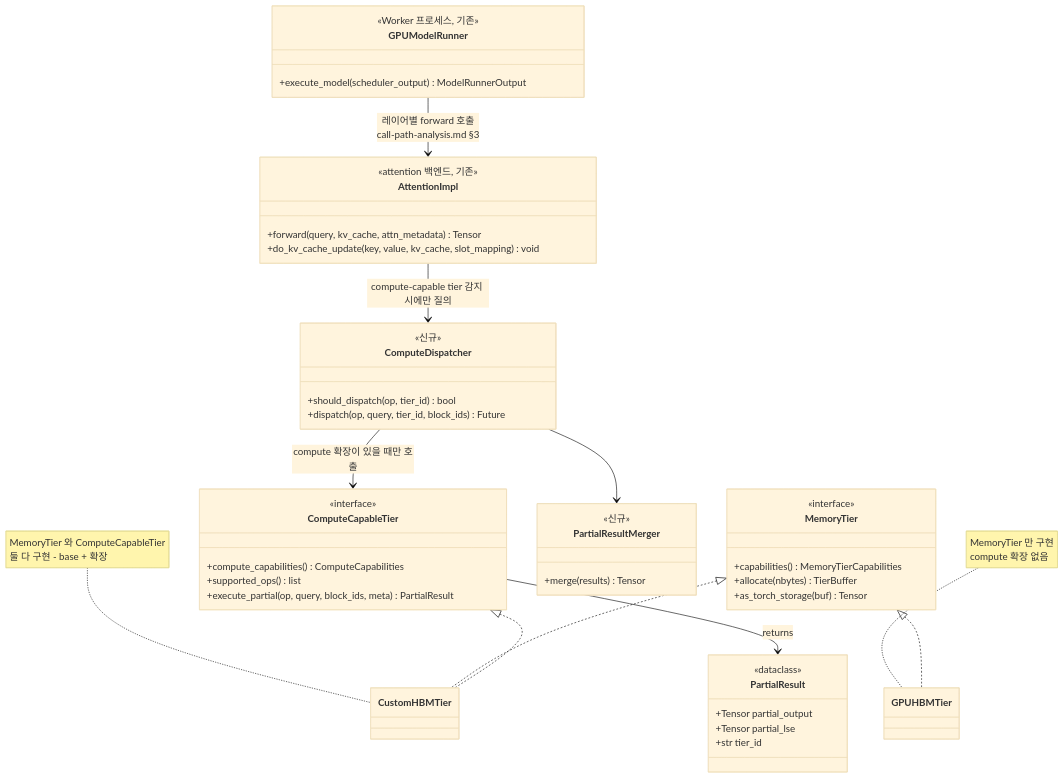
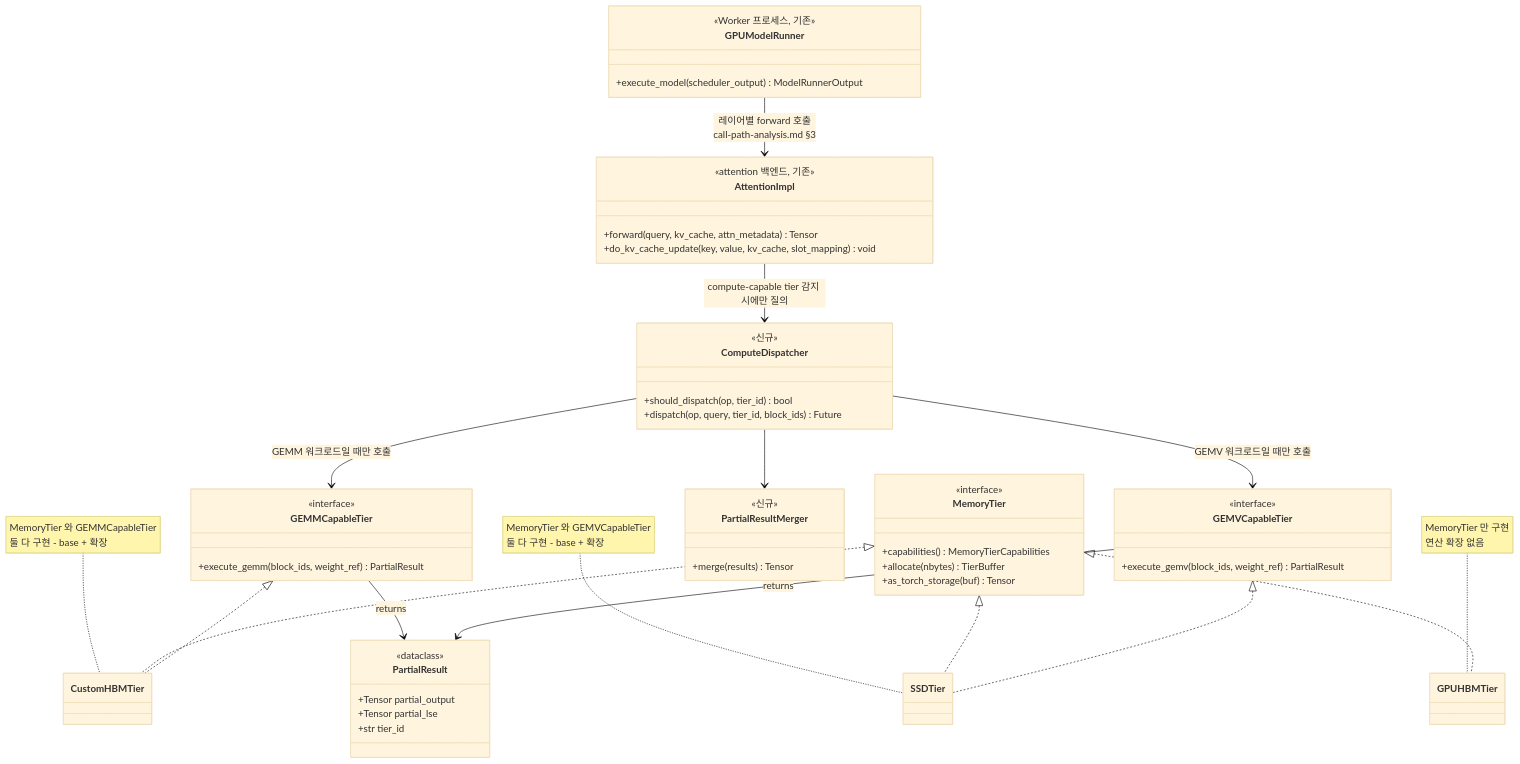
One commit to mkim0628/vllm changed the ninth of 10 diagrams in doc-mk/vllm-memory-abstraction-level-candidates.md. Above: the diagram before and after it, drawn with Mermaid (base theme). The commit also changed other lines of this file, not shown here.

````diff
--- a/doc-mk/vllm-memory-abstraction-level-candidates.md
+++ b/doc-mk/vllm-memory-abstraction-level-candidates.md
@@ -558,54 +731,61 @@
 ```mermaid
 classDiagram
     class MemoryTier {
         <<interface>>
         +capabilities() MemoryTierCapabilities
         +allocate(nbytes) TierBuffer
         +as_torch_storage(buf) Tensor
     }
     MemoryTier <|.. GPUHBMTier
     MemoryTier <|.. CustomHBMTier
+    MemoryTier <|.. SSDTier
 
-    class ComputeCapableTier {
+    class GEMMCapableTier {
         <<interface>>
-        +compute_capabilities() ComputeCapabilities
-        +supported_ops() list
-        +execute_partial(op, query, block_ids, meta) PartialResult
+        +execute_gemm(block_ids, weight_ref) PartialResult
     }
-    ComputeCapableTier <|.. CustomHBMTier
-    note for CustomHBMTier "MemoryTier 와 ComputeCapableTier<br/>둘 다 구현 - base + 확장"
-    note for GPUHBMTier "MemoryTier 만 구현<br/>compute 확장 없음"
+    class GEMVCapableTier {
+        <<interface>>
+        +execute_gemv(block_ids, weight_ref) PartialResult
+    }
+    GEMMCapableTier <|.. CustomHBMTier
+    GEMVCapableTier <|.. SSDTier
+    note for CustomHBMTier "MemoryTier 와 GEMMCapableTier<br/>둘 다 구현 - base + 확장"
+    note for SSDTier "MemoryTier 와 GEMVCapableTier<br/>둘 다 구현 - base + 확장"
+    note for GPUHBMTier "MemoryTier 만 구현<br/>연산 확장 없음"
 
     class PartialResult {
         <<dataclass>>
         +Tensor partial_output
         +Tensor partial_lse
         +str tier_id
     }
-    ComputeCapableTier --> PartialResult : returns
+    GEMMCapableTier --> PartialResult : returns
+    GEMVCapableTier --> PartialResult : returns
 
     class ComputeDispatcher {
         <<신규>>
         +should_dispatch(op, tier_id) bool
         +dispatch(op, query, tier_id, block_ids) Future
     }
-    ComputeDispatcher --> ComputeCapableTier : compute 확장이 있을 때만 호출
+    ComputeDispatcher --> GEMMCapableTier : GEMM 워크로드일 때만 호출
+    ComputeDispatcher --> GEMVCapableTier : GEMV 워크로드일 때만 호출
     ComputeDispatcher --> PartialResultMerger
 
     class PartialResultMerger {
         <<신규>>
         +merge(results) Tensor
     }
 
     class GPUModelRunner {
         <<Worker 프로세스, 기존>>
         +execute_model(scheduler_output) ModelRunnerOutput
     }
     class AttentionImpl {
         <<attention 백엔드, 기존>>
         +forward(query, kv_cache, attn_metadata) Tensor
         +do_kv_cache_update(key, value, kv_cache, slot_mapping) void
     }
     GPUModelRunner --> AttentionImpl : 레이어별 forward 호출<br/>call-path-analysis.md §3
     AttentionImpl --> ComputeDispatcher : compute-capable tier 감지 시에만 질의
 ```
````
